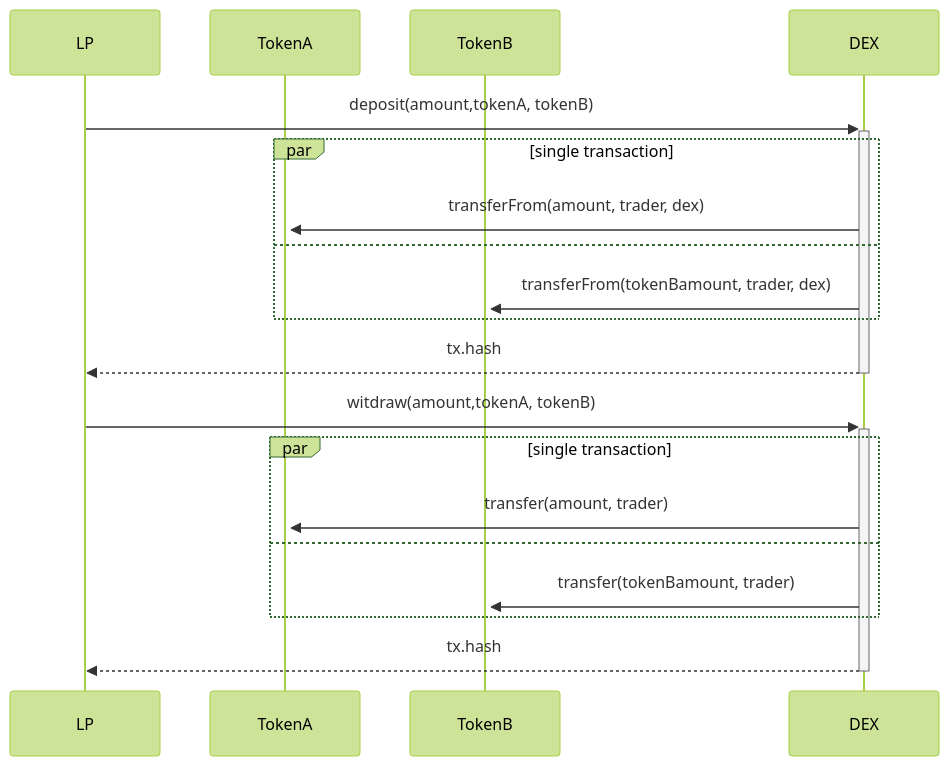
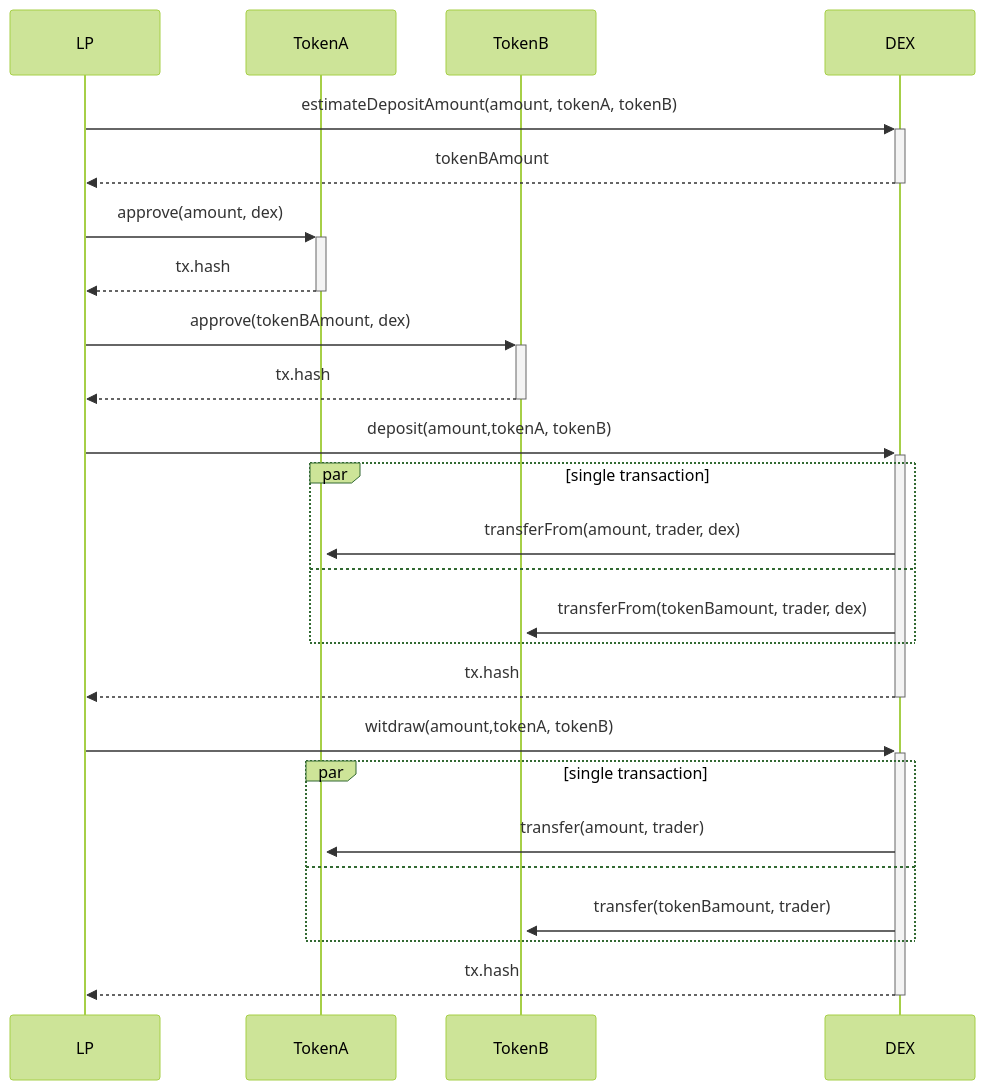
One commit to vasemkin/dex changed the diagram in diagrams/sequenceLP.md. Above: the diagram before and after it, drawn with Mermaid (forest theme).

````diff
--- a/diagrams/sequenceLP.md
+++ b/diagrams/sequenceLP.md
@@ -1,23 +1,31 @@
 ```mermaid
 sequenceDiagram
     participant L as LP
     participant A as TokenA
     participant B as TokenB
     participant D as DEX
+
+    L->>+D: estimateDepositAmount(amount, tokenA, tokenB)
+    D-->>-L: tokenBAmount
+
+    L->>+A: approve(amount, dex)
+    A-->>-L: tx.hash
+    L->>+B: approve(tokenBAmount, dex)
+    B-->>-L: tx.hash
 
     L->>+D: deposit(amount,tokenA, tokenB)
     par single transaction
         D->>+A: transferFrom(amount, trader, dex)
     and
         D->>+B: transferFrom(tokenBamount, trader, dex)
     end
     D-->>-L: tx.hash
 
     L->>+D: witdraw(amount,tokenA, tokenB)
     par single transaction
         D->>+A: transfer(amount, trader)
     and
         D->>+B: transfer(tokenBamount, trader)
     end
     D-->>-L: tx.hash
 ```
````
